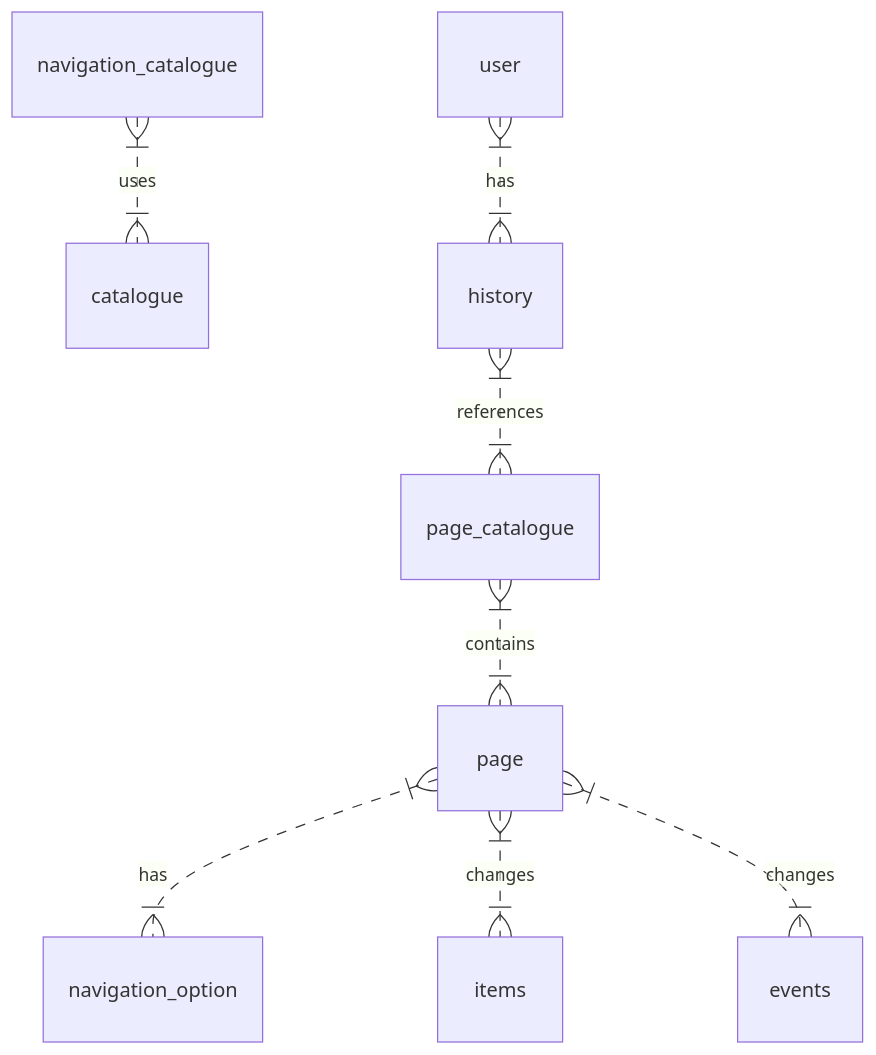
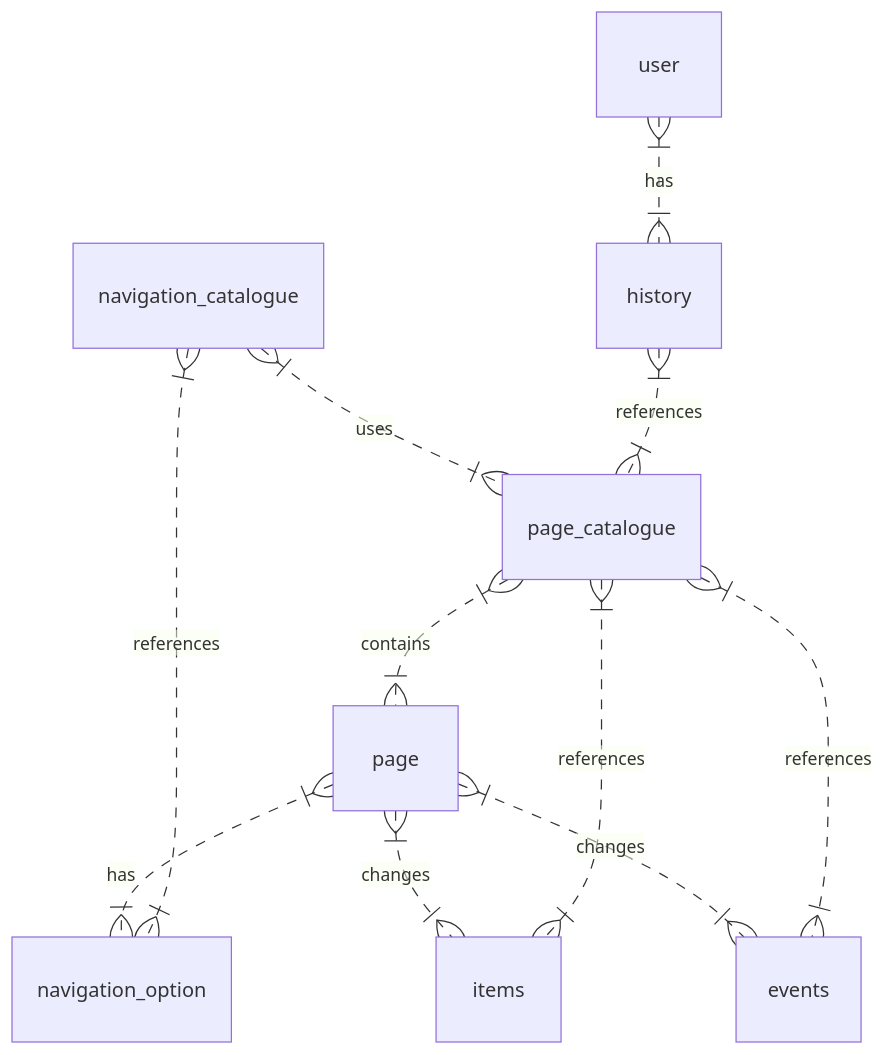
One commit to bearbob/cyoa_engine changed the diagram in docs/Database.md. Above: the diagram before and after it, drawn with Mermaid.

````diff
--- a/docs/Database.md
+++ b/docs/Database.md
@@ -20,10 +20,13 @@
 ```mermaid
 erDiagram
           page }|..|{ navigation_option : has
           page }|..|{ items : changes
           page }|..|{ events : changes
           page_catalogue }|..|{ page : contains
-          navigation_catalogue }|..|{ catalogue : uses
+          page_catalogue }|..|{ items : references
+          page_catalogue }|..|{ events : references
+          navigation_catalogue }|..|{ page_catalogue : uses
+          navigation_catalogue }|..|{ navigation_option : references
           user }|..|{ history : has
           history }|..|{ page_catalogue : references
 ```
````
